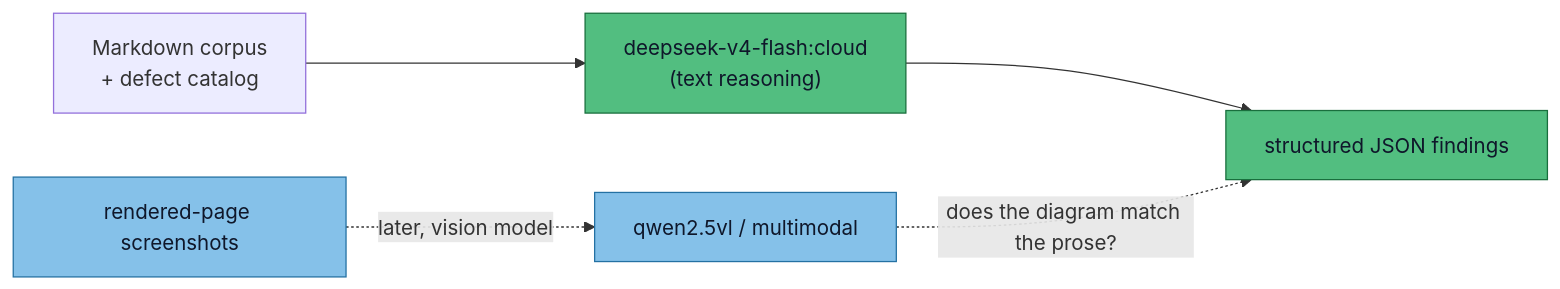
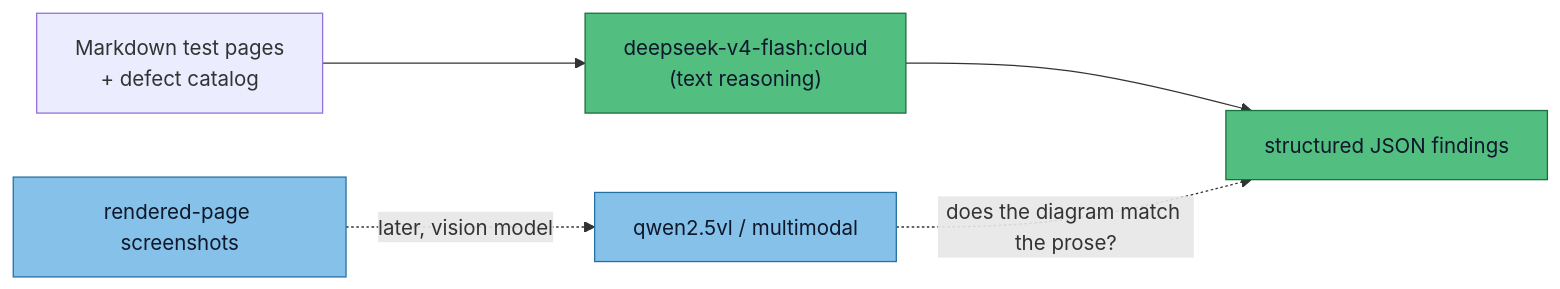
The fifth of 8 diagrams in docs-site/docs/appendix/decisions/0003-model-comparison.md (joels-claude-bot/llm-site-reviewer), drawn with Mermaid before and after one commit. The commit also changed other lines of this file and 76 other files, not shown here.

````diff
--- a/docs-site/docs/appendix/decisions/0003-model-comparison.md
+++ b/docs-site/docs/appendix/decisions/0003-model-comparison.md
@@ -155,11 +155,11 @@
 ```mermaid
 flowchart LR
-    Corpus["Markdown corpus<br/>+ defect catalog"] --> DS["deepseek-v4-flash:cloud<br/>(text reasoning)"]
+    Pages["Markdown test pages<br/>+ defect catalog"] --> DS["deepseek-v4-flash:cloud<br/>(text reasoning)"]
     DS --> JSON["structured JSON findings"]
     Shots["rendered-page screenshots"] -. later, vision model .-> VL["qwen2.5vl / multimodal"]
     VL -. does the diagram match the prose? .-> JSON
     classDef now fill:#52be80,color:#0f172a,stroke:#196f3d
     classDef later fill:#85c1e9,color:#0f172a,stroke:#2471a3
     class DS,JSON now
     class VL,Shots later
 ```
````
